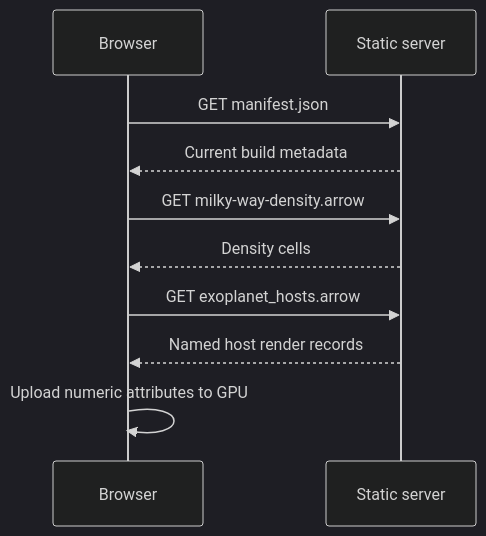
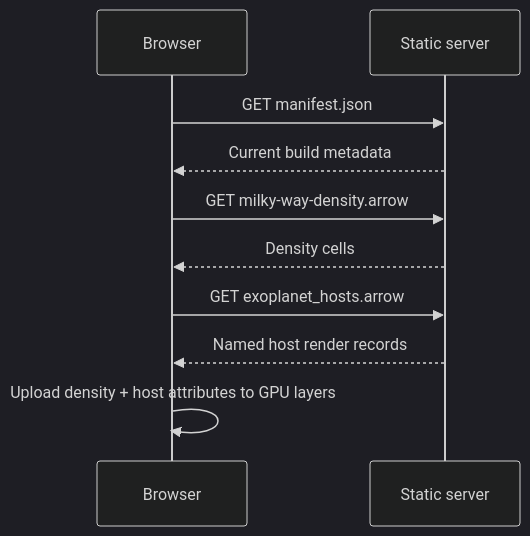
The third of 4 diagrams in docs/DATA_FLOW.md (sunvonog/milky-way-explorer), drawn with Mermaid (dark theme) before and after one commit. The commit also changed other lines of this file and 19 other files, not shown here.

````diff
--- a/docs/DATA_FLOW.md
+++ b/docs/DATA_FLOW.md
@@ -512,13 +517,13 @@
 ```mermaid
 sequenceDiagram
     participant B as Browser
     participant S as Static server
 
     B->>S: GET manifest.json
     S-->>B: Current build metadata
     B->>S: GET milky-way-density.arrow
     S-->>B: Density cells
     B->>S: GET exoplanet_hosts.arrow
     S-->>B: Named host render records
-    B->>B: Upload numeric attributes to GPU
+    B->>B: Upload density + host attributes to GPU layers
 ```
````
